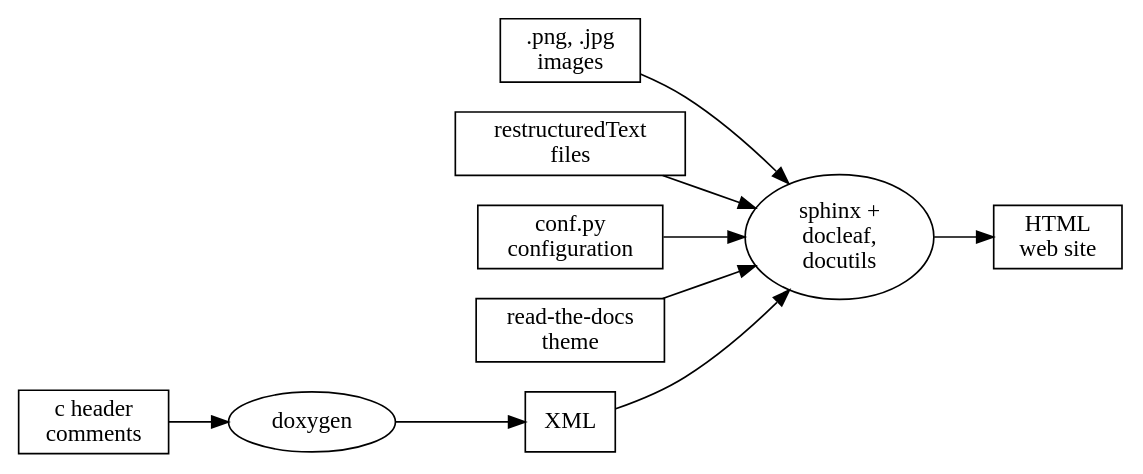
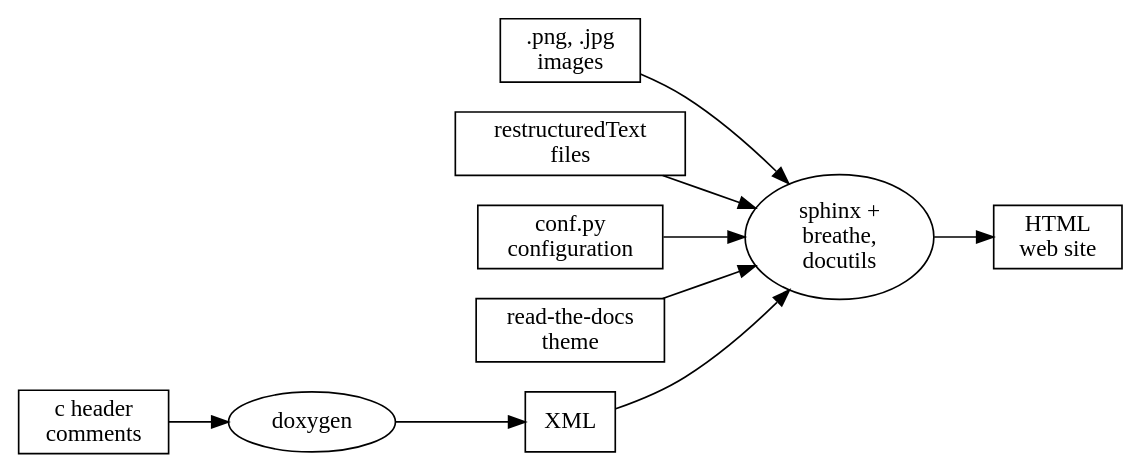
One commit to phytec/zephyr-phytec changed the diagram in doc/contribute/documentation/generation.rst. Above: the diagram before and after it, drawn with Graphviz. The commit also changed other lines of this file, not shown here.

```diff
--- a/doc/contribute/documentation/generation.rst
+++ b/doc/contribute/documentation/generation.rst
@@ -42,23 +42,23 @@
 .. graphviz::
    :caption: Schematic of the documentation build process
 
    digraph {
       rankdir=LR
 
       images [shape="rectangle" label=".png, .jpg\nimages"]
       rst [shape="rectangle" label="restructuredText\nfiles"]
       conf [shape="rectangle" label="conf.py\nconfiguration"]
       rtd [shape="rectangle" label="read-the-docs\ntheme"]
       header [shape="rectangle" label="c header\ncomments"]
       xml [shape="rectangle" label="XML"]
       html [shape="rectangle" label="HTML\nweb site"]
-      sphinx[shape="ellipse" label="sphinx +\ndocleaf,\ndocutils"]
+      sphinx[shape="ellipse" label="sphinx +\nbreathe,\ndocutils"]
       images -> sphinx
       rst -> sphinx
       conf -> sphinx
       header -> doxygen
       doxygen -> xml
       xml-> sphinx
       rtd -> sphinx
       sphinx -> html
    }
```
